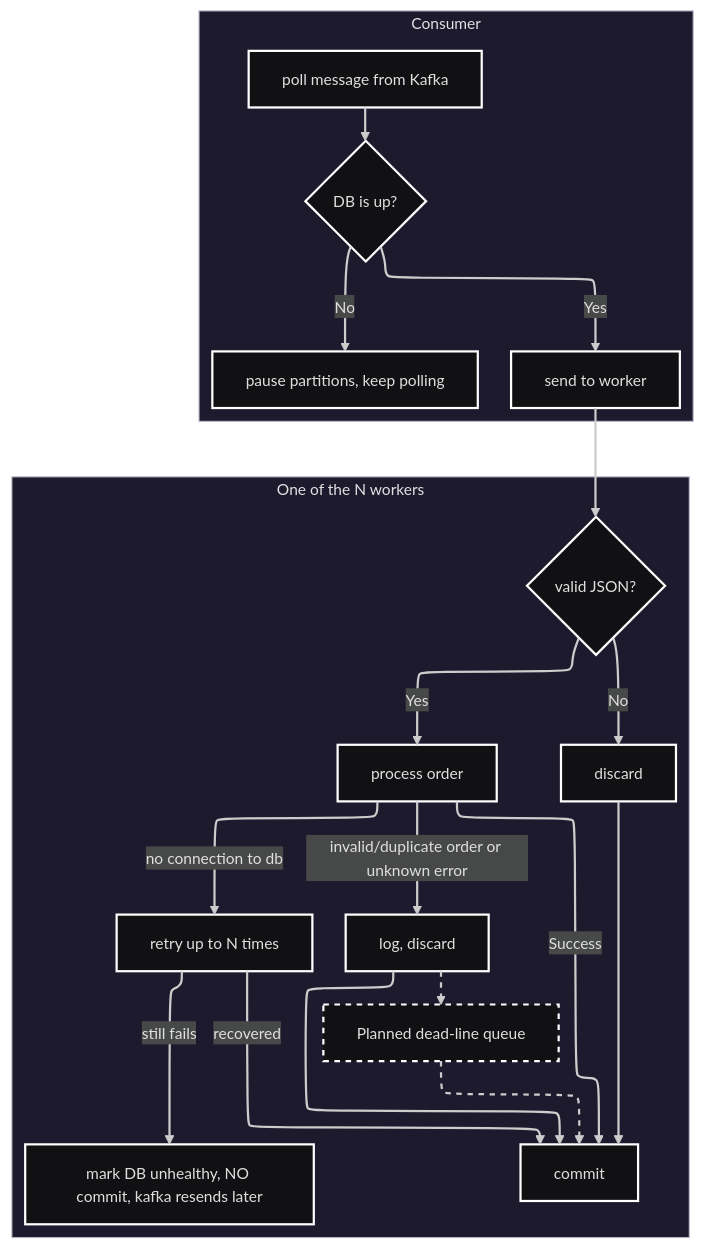
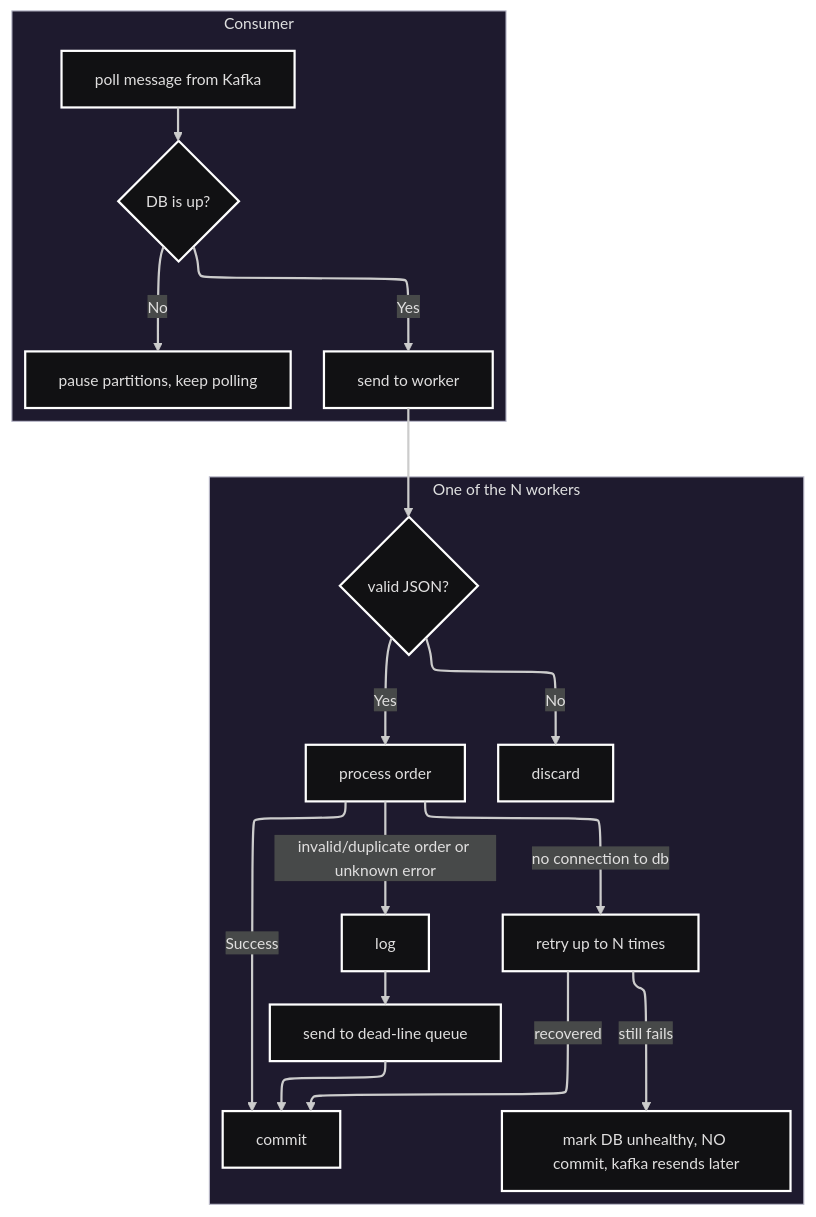
Before and after one commit to goinginblind/l0-task: the diagram in docs/consumer.md, drawn with Mermaid. The commit also changed other lines of this file and 3 other files, not shown here.

````diff
--- a/docs/consumer.md
+++ b/docs/consumer.md
@@ -3,42 +3,38 @@
 ```mermaid
 ---
 config:
   layout: elk
   theme: redux-dark
 ---
 flowchart TD
  subgraph Consumer["Consumer"]
         B{"DB is up?"}
         A["poll message from Kafka"]
         C["pause partitions, keep polling"]
         D["send to worker"]
   end
  subgraph subGraph1["One of the N workers"]
         E{"valid JSON?"}
         F["discard"]
         G["process order"]
-        I["log, discard"]
-        Z["Planned dead-line queue"]
+        I["log"]
+        Z["send to dead-line queue"]
         H["commit"]
         K["retry up to N times"]
         M["mark DB unhealthy, NO commit, kafka resends later"]
   end
     A --> B
     B -- No --> C
     B -- Yes --> D
     D --> E
     E -- No --> F
     E -- Yes --> G
-    I --> Z & H
+    I --> Z
     Z --> H
-    F --> H
     G -- invalid/duplicate order or unknown error --> I
     G -- Success --> H
     G -- no connection to db --> K
     K -- recovered --> H
     K -- still fails --> M
-    style Z stroke-dasharray: 5 5
-    linkStyle 6 stroke-dasharray: 5 5,fill:none
-    linkStyle 8 stroke-dasharray: 5 5,fill:none
 
 ```
````
